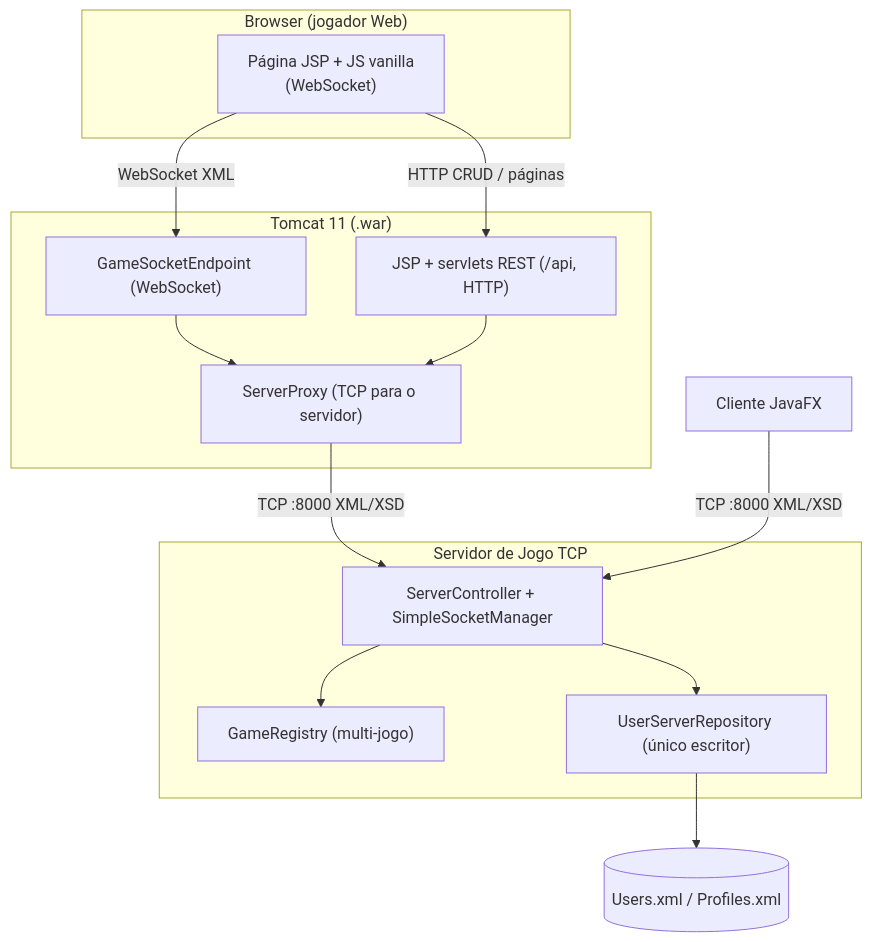
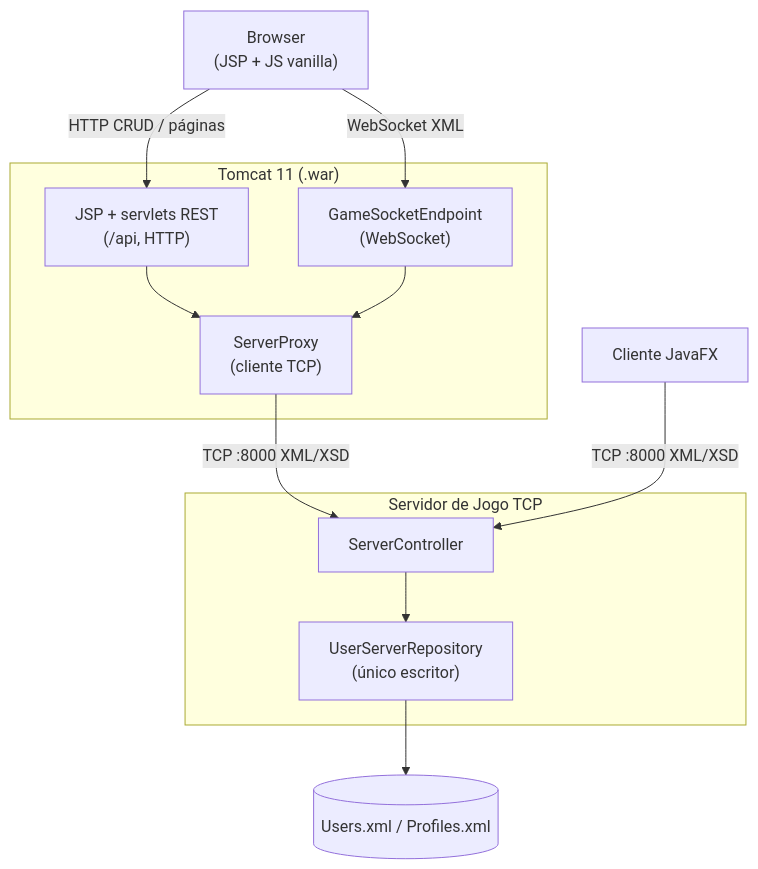
Before and after one commit to andre0xFF/ISEL-LEIM-ICD: the diagram in dotsandboxes/docs/relatorio.md, drawn with Mermaid. The commit also changed other lines of this file, not shown here.

````diff
--- a/dotsandboxes/docs/relatorio.md
+++ b/dotsandboxes/docs/relatorio.md
@@ -88,27 +143,23 @@
 ```mermaid
 graph TD
-    subgraph Browser["Browser (jogador Web)"]
-        JS["Página JSP + JS vanilla<br/>(WebSocket)"]
-    end
+    Browser["Browser<br/>(JSP + JS vanilla)"]
     subgraph Tomcat["Tomcat 11 (.war)"]
-        JSP["JSP + servlets REST (/api, HTTP)"]
-        WS["GameSocketEndpoint (WebSocket)"]
-        PX["ServerProxy (TCP para o servidor)"]
-    end
-    subgraph GS["Servidor de Jogo TCP"]
-        SC["ServerController + SimpleSocketManager"]
-        GR["GameRegistry (multi-jogo)"]
-        REPO["UserServerRepository (único escritor)"]
+        JSP["JSP + servlets REST<br/>(/api, HTTP)"]
+        WS["GameSocketEndpoint<br/>(WebSocket)"]
+        PX["ServerProxy<br/>(cliente TCP)"]
     end
     GUI["Cliente JavaFX"]
+    subgraph GS["Servidor de Jogo TCP"]
+        SC["ServerController"]
+        REPO["UserServerRepository<br/>(único escritor)"]
+    end
     UXML[("Users.xml / Profiles.xml")]
-    JS -->|HTTP CRUD / páginas| JSP
-    JS -->|WebSocket XML| WS
+    Browser -->|HTTP CRUD / páginas| JSP
+    Browser -->|WebSocket XML| WS
+    JSP --> PX
     WS --> PX
-    JSP --> PX
     PX -->|TCP :8000 XML/XSD| SC
     GUI -->|TCP :8000 XML/XSD| SC
-    SC --> GR
     SC --> REPO
     REPO --> UXML
 ```
````
